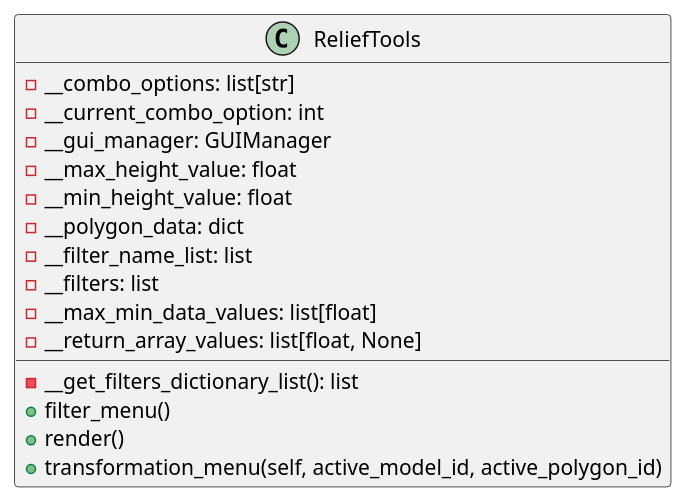
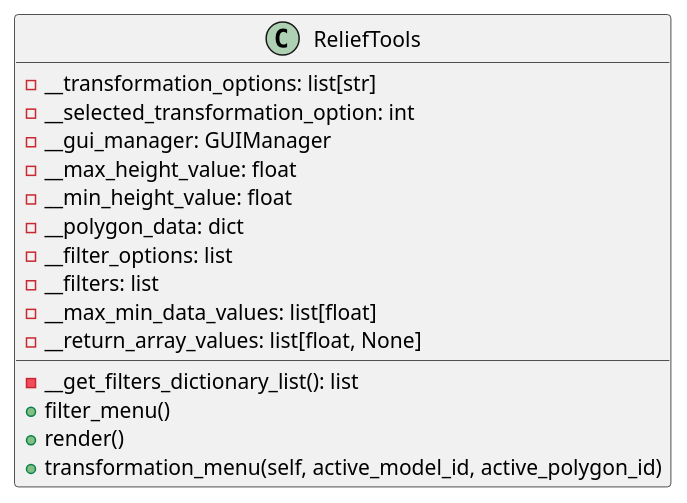
The diagram in docs/classes/ReliefTools.puml (ferpoble2/Relief_Creator), drawn with PlantUML before and after one commit. The commit also changed 15 other files, not shown here.

```diff
--- a/docs/classes/ReliefTools.puml
+++ b/docs/classes/ReliefTools.puml
@@ -1,20 +1,20 @@
 @startuml
 class ReliefTools {
-    - __combo_options: list[str]
-    - __current_combo_option: int
+    - __transformation_options: list[str]
+    - __selected_transformation_option: int
     - __gui_manager: GUIManager
     - __max_height_value: float
     - __min_height_value: float
     - __polygon_data: dict
-    - __filter_name_list: list
+    - __filter_options: list
     - __filters: list
     - __max_min_data_values: list[float]
     - __return_array_values: list[float, None]
 
     - __get_filters_dictionary_list(): list
     + filter_menu()
     + render()
     + transformation_menu(self, active_model_id, active_polygon_id)
 }
 
 @enduml
```
